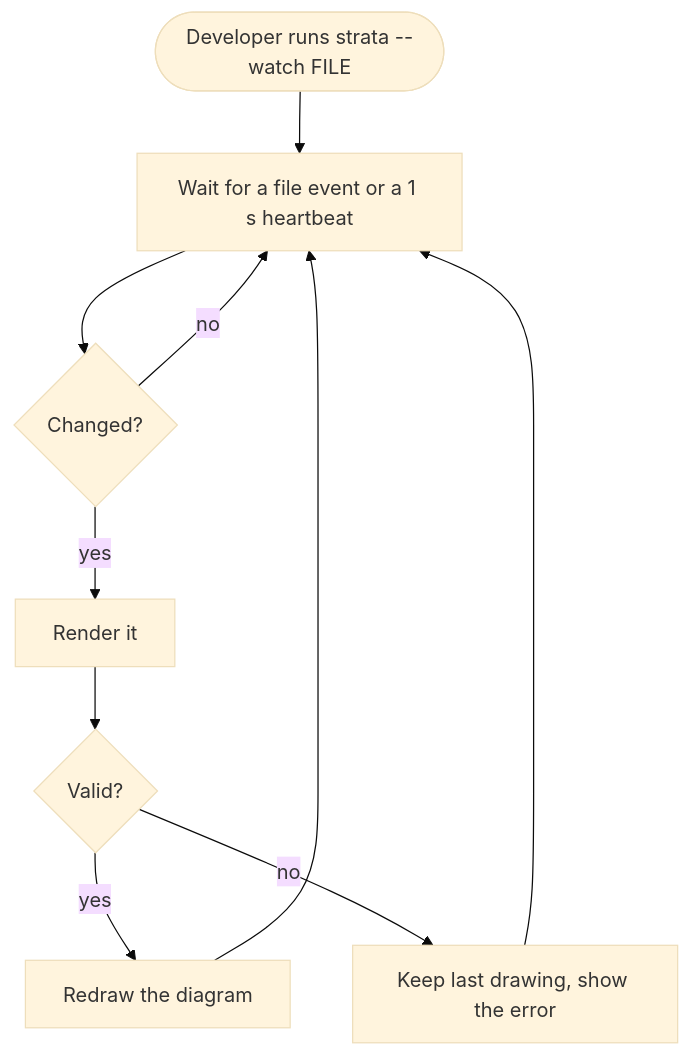
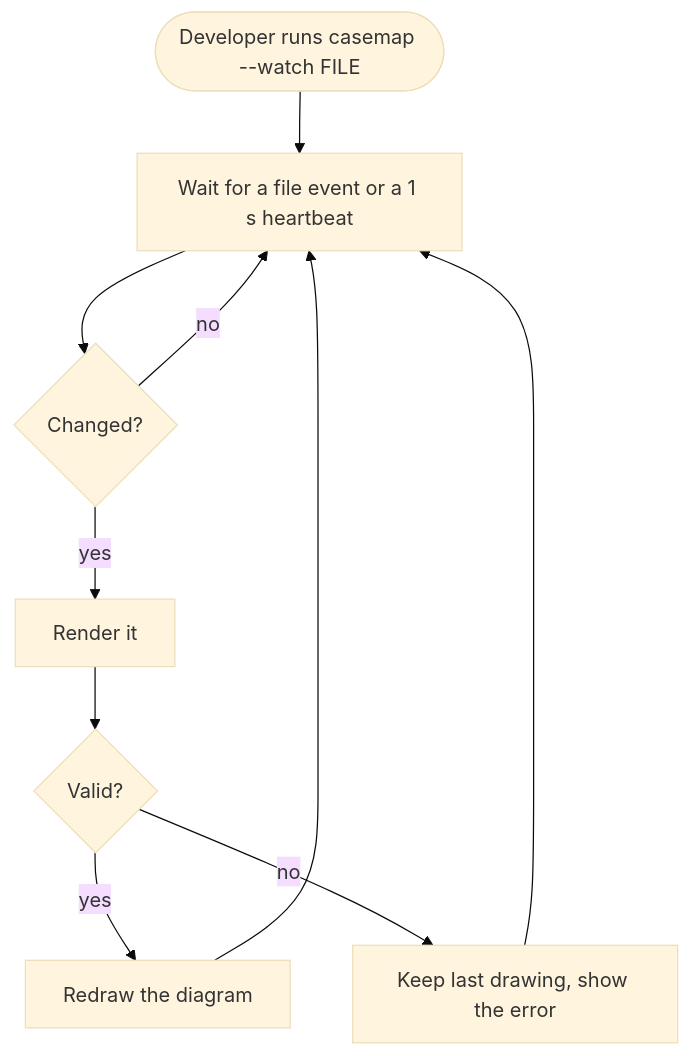
The diagram in docs/flows/watch-a-diagram.md (Ross-cripto/casemap), drawn with Mermaid (base theme) before and after one commit. The commit also changed 65 other files, not shown here.

First line of the commit message:
chore: rename the product from strata to casemap

````diff
--- a/docs/flows/watch-a-diagram.md
+++ b/docs/flows/watch-a-diagram.md
@@ -5,12 +5,12 @@
 ```mermaid
 flowchart TD
-    dev([Developer runs strata --watch FILE]) --> poll[Wait for a file event or a 1 s heartbeat]
+    dev([Developer runs casemap --watch FILE]) --> poll[Wait for a file event or a 1 s heartbeat]
     poll --> changed{Changed?}
     changed -->|no| poll
     changed -->|yes| render[Render it]
     render --> ok{Valid?}
     ok -->|yes| show[Redraw the diagram]
     ok -->|no| keep[Keep last drawing, show the error]
     show --> poll
     keep --> poll
 ```
````
